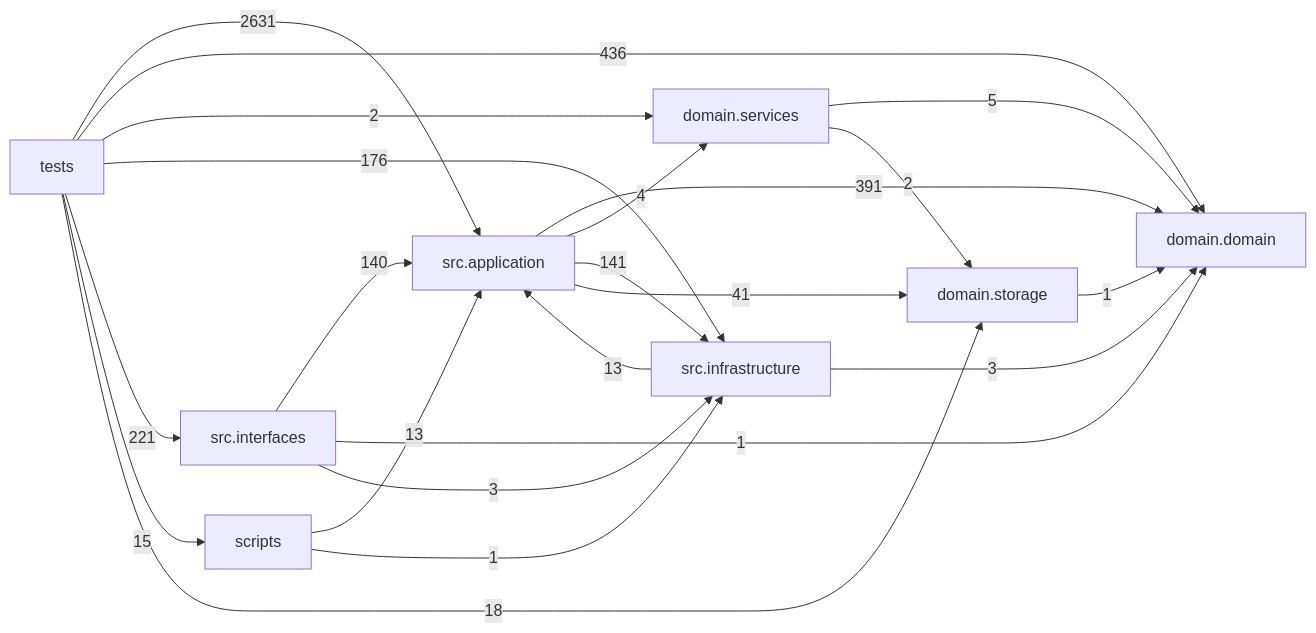
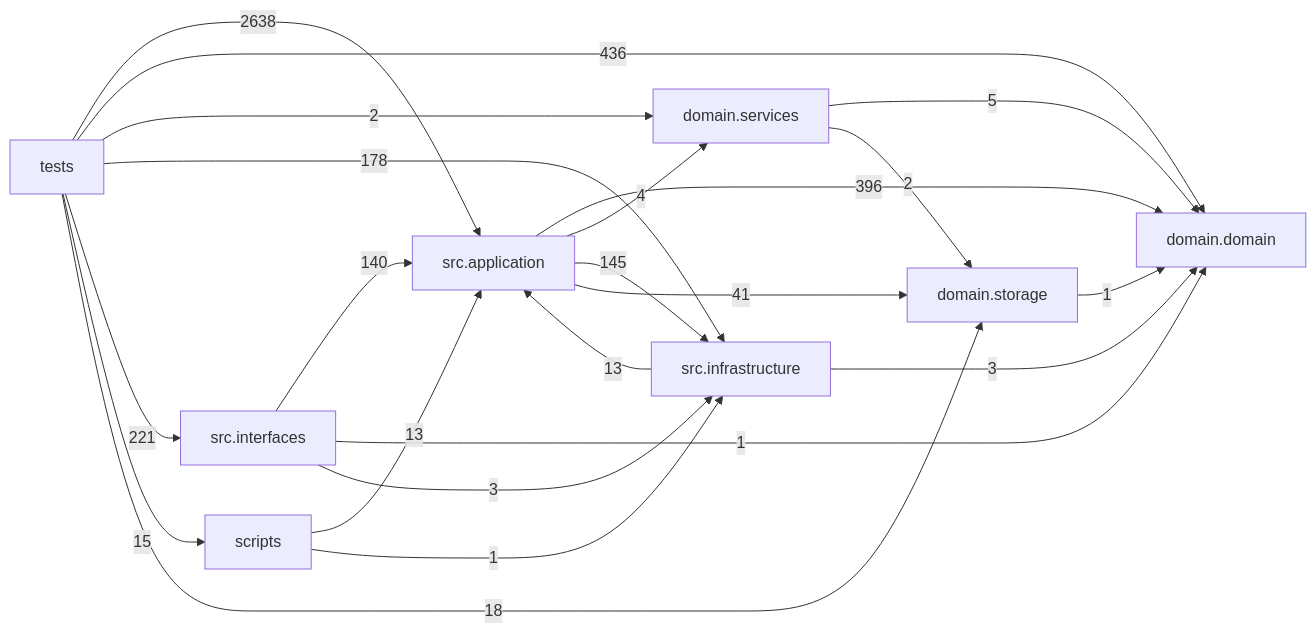
Before and after one commit to liuxie066/options-monitor: the diagram in docs/DEPENDENCY_GRAPH.md, drawn with Mermaid. The commit also changed other lines of this file and 13 other files, not shown here.

````diff
--- a/docs/DEPENDENCY_GRAPH.md
+++ b/docs/DEPENDENCY_GRAPH.md
@@ -24,32 +24,32 @@
 ```mermaid
 flowchart LR
   tests["tests"]
   scripts["scripts"]
   interfaces["src.interfaces"]
   application["src.application"]
   infrastructure["src.infrastructure"]
   domain_services["domain.services"]
   domain["domain.domain"]
   storage["domain.storage"]
-  application -->|391| domain
+  application -->|396| domain
   application -->|4| domain_services
-  application -->|141| infrastructure
+  application -->|145| infrastructure
   application -->|41| storage
   domain_services -->|5| domain
   domain_services -->|2| storage
   infrastructure -->|13| application
   infrastructure -->|3| domain
   interfaces -->|140| application
   interfaces -->|1| domain
   interfaces -->|3| infrastructure
   scripts -->|13| application
   scripts -->|1| infrastructure
   storage -->|1| domain
-  tests -->|2631| application
+  tests -->|2638| application
   tests -->|436| domain
   tests -->|2| domain_services
-  tests -->|176| infrastructure
+  tests -->|178| infrastructure
   tests -->|221| interfaces
   tests -->|15| scripts
   tests -->|18| storage
 ```
````
